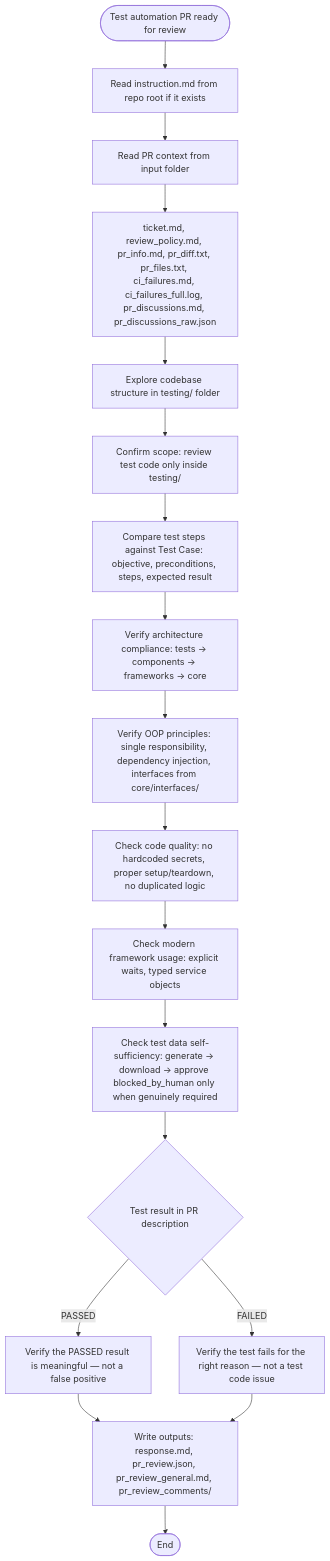
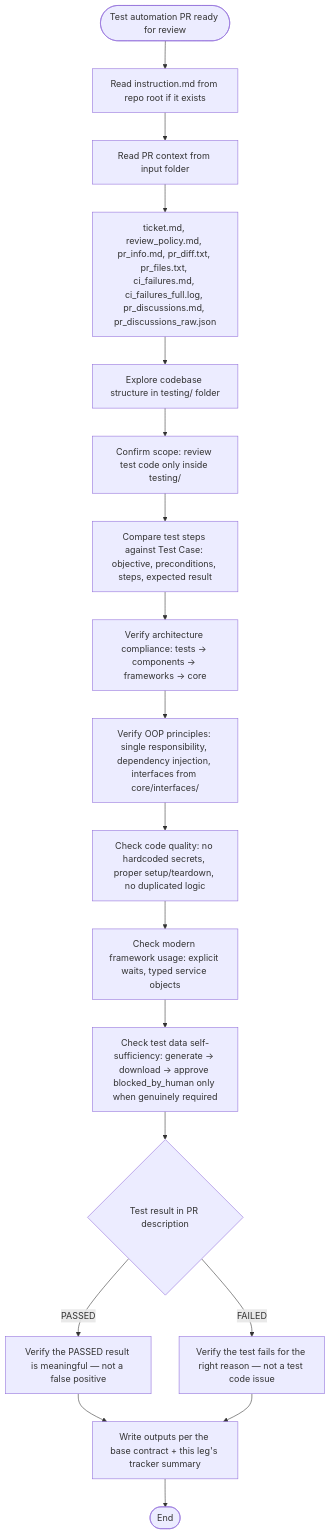
The diagram in instructions/pr_test_automation_review/general_guidelines.md (IstiN/dmtools-agents), drawn with Mermaid before and after one commit. The commit also changed other lines of this file and 87 other files, not shown here.

````diff
--- a/instructions/pr_test_automation_review/general_guidelines.md
+++ b/instructions/pr_test_automation_review/general_guidelines.md
@@ -1,20 +1,20 @@
 ```mermaid
 flowchart TD
     START([Test automation PR ready for review]) --> PROJ["Read instruction.md from repo root if it exists"]
     PROJ --> INPUT["Read PR context from input folder"]
     INPUT --> INPUTS["ticket.md, review_policy.md, pr_info.md, pr_diff.txt, pr_files.txt, ci_failures.md, ci_failures_full.log, pr_discussions.md, pr_discussions_raw.json"]
     INPUTS --> EXPLORE["Explore codebase structure in testing/ folder"]
     EXPLORE --> SCOPE["Confirm scope: review test code only inside testing/"]
     SCOPE --> CORRECT["Compare test steps against Test Case: objective, preconditions, steps, expected result"]
     CORRECT --> ARCH["Verify architecture compliance: tests → components → frameworks → core"]
     ARCH --> OOP["Verify OOP principles: single responsibility, dependency injection, interfaces from core/interfaces/"]
     OOP --> QUALITY["Check code quality: no hardcoded secrets, proper setup/teardown, no duplicated logic"]
     QUALITY --> MODERN["Check modern framework usage: explicit waits, typed service objects"]
     MODERN --> DATA["Check test data self-sufficiency: generate → download → approve blocked_by_human only when genuinely required"]
     DATA --> RESULT{Test result in PR description}
     RESULT -->|PASSED| PASSED_REVIEW["Verify the PASSED result is meaningful — not a false positive"]
     RESULT -->|FAILED| FAILED_REVIEW["Verify the test fails for the right reason — not a test code issue"]
-    PASSED_REVIEW --> OUTPUT[Write outputs: response.md, pr_review.json, pr_review_general.md, pr_review_comments/]
+    PASSED_REVIEW --> OUTPUT[Write outputs per the base contract + this leg's tracker summary]
     FAILED_REVIEW --> OUTPUT
     OUTPUT --> END([End])
 ```
````
